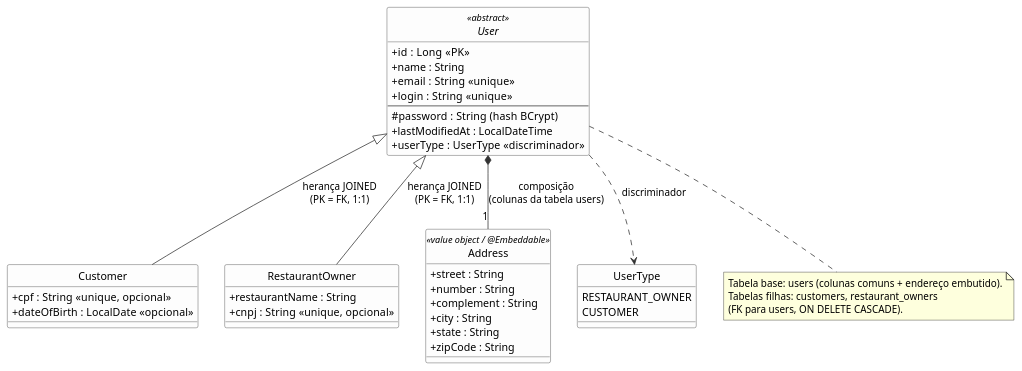
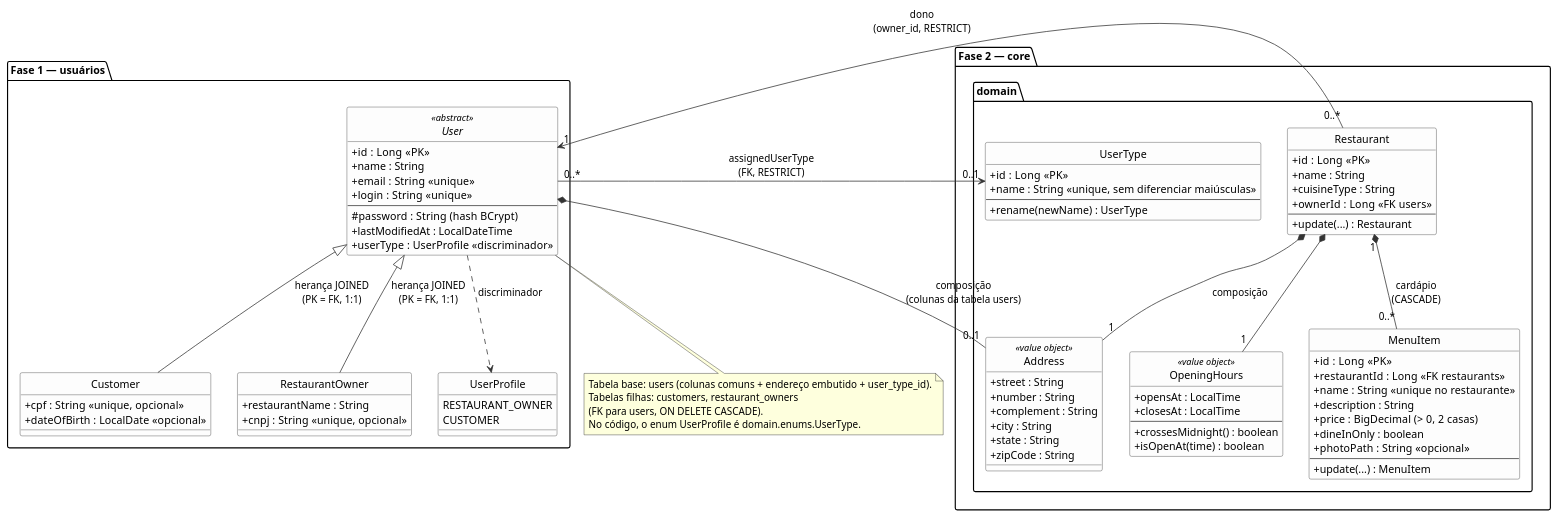
One commit to mikaelapg/restaurant-management changed the diagram in docs/domain-model.puml. Above: the diagram before and after it, drawn with PlantUML. The commit also changed 3 other files, not shown here.

First line of the commit message:
docs: README, OpenAPI e diagramas de domínio da Fase 2

```diff
--- a/docs/domain-model.puml
+++ b/docs/domain-model.puml
@@ -1,59 +1,105 @@
 @startuml domain-model
-' Modelo de domínio — Sistema de Gestão de Restaurantes (Fase 1)
+' Modelo de domínio — Sistema de Gestão de Restaurantes (Fases 1 e 2)
 ' Renderizar:  plantuml docs/domain-model.puml        (gera docs/domain-model.png)
 '   ou:        docker run --rm -v "$PWD":/work plantuml/plantuml -tpng /work/docs/domain-model.puml
 
 skinparam classAttributeIconSize 0
 skinparam class {
   BackgroundColor #FDFDFD
   BorderColor #333333
   ArrowColor #333333
 }
 hide circle
 
-abstract class User <<abstract>> {
-  +id : Long  <<PK>>
-  +name : String
-  +email : String  <<unique>>
-  +login : String  <<unique>>
-  --
-  #password : String  (hash BCrypt)
-  +lastModifiedAt : LocalDateTime
-  +userType : UserType  <<discriminador>>
+package "Fase 1 — usuários" {
+  abstract class User <<abstract>> {
+    +id : Long  <<PK>>
+    +name : String
+    +email : String  <<unique>>
+    +login : String  <<unique>>
+    --
+    #password : String  (hash BCrypt)
+    +lastModifiedAt : LocalDateTime
+    +userType : UserProfile  <<discriminador>>
+  }
+
+  class Customer {
+    +cpf : String  <<unique, opcional>>
+    +dateOfBirth : LocalDate  <<opcional>>
+  }
+
+  class RestaurantOwner {
+    +restaurantName : String
+    +cnpj : String  <<unique, opcional>>
+  }
+
+  enum UserProfile {
+    RESTAURANT_OWNER
+    CUSTOMER
+  }
 }
 
-class Customer {
-  +cpf : String  <<unique, opcional>>
-  +dateOfBirth : LocalDate  <<opcional>>
-}
+package "Fase 2 — core.domain" {
+  class UserType {
+    +id : Long  <<PK>>
+    +name : String  <<unique, sem diferenciar maiúsculas>>
+    --
+    +rename(newName) : UserType
+  }
 
-class RestaurantOwner {
-  +restaurantName : String
-  +cnpj : String  <<unique, opcional>>
-}
+  class Restaurant {
+    +id : Long  <<PK>>
+    +name : String
+    +cuisineType : String
+    +ownerId : Long  <<FK users>>
+    --
+    +update(...) : Restaurant
+  }
 
-class Address <<value object / @Embeddable>> {
-  +street : String
-  +number : String
-  +complement : String
-  +city : String
-  +state : String
-  +zipCode : String
-}
+  class OpeningHours <<value object>> {
+    +opensAt : LocalTime
+    +closesAt : LocalTime
+    --
+    +crossesMidnight() : boolean
+    +isOpenAt(time) : boolean
+  }
 
-enum UserType {
-  RESTAURANT_OWNER
-  CUSTOMER
+  class MenuItem {
+    +id : Long  <<PK>>
+    +restaurantId : Long  <<FK restaurants>>
+    +name : String  <<unique no restaurante>>
+    +description : String
+    +price : BigDecimal  (> 0, 2 casas)
+    +dineInOnly : boolean
+    +photoPath : String  <<opcional>>
+    --
+    +update(...) : MenuItem
+  }
+
+  class Address <<value object>> {
+    +street : String
+    +number : String
+    +complement : String
+    +city : String
+    +state : String
+    +zipCode : String
+  }
 }
 
 User <|-- Customer : herança JOINED\n(PK = FK, 1:1)
 User <|-- RestaurantOwner : herança JOINED\n(PK = FK, 1:1)
-User *-- "1" Address : composição\n(colunas da tabela users)
-User ..> UserType : discriminador
+User *-- "0..1" Address : composição\n(colunas da tabela users)
+User ..> UserProfile : discriminador
+User "0..*" --> "0..1" UserType : assignedUserType\n(FK, RESTRICT)
+Restaurant "0..*" --> "1" User : dono\n(owner_id, RESTRICT)
+Restaurant *-- "1" Address : composição
+Restaurant *-- "1" OpeningHours
+Restaurant "1" *-- "0..*" MenuItem : cardápio\n(CASCADE)
 
 note bottom of User
-  Tabela base: users (colunas comuns + endereço embutido).
+  Tabela base: users (colunas comuns + endereço embutido + user_type_id).
   Tabelas filhas: customers, restaurant_owners
   (FK para users, ON DELETE CASCADE).
+  No código, o enum UserProfile é domain.enums.UserType.
 end note
 @enduml
```
